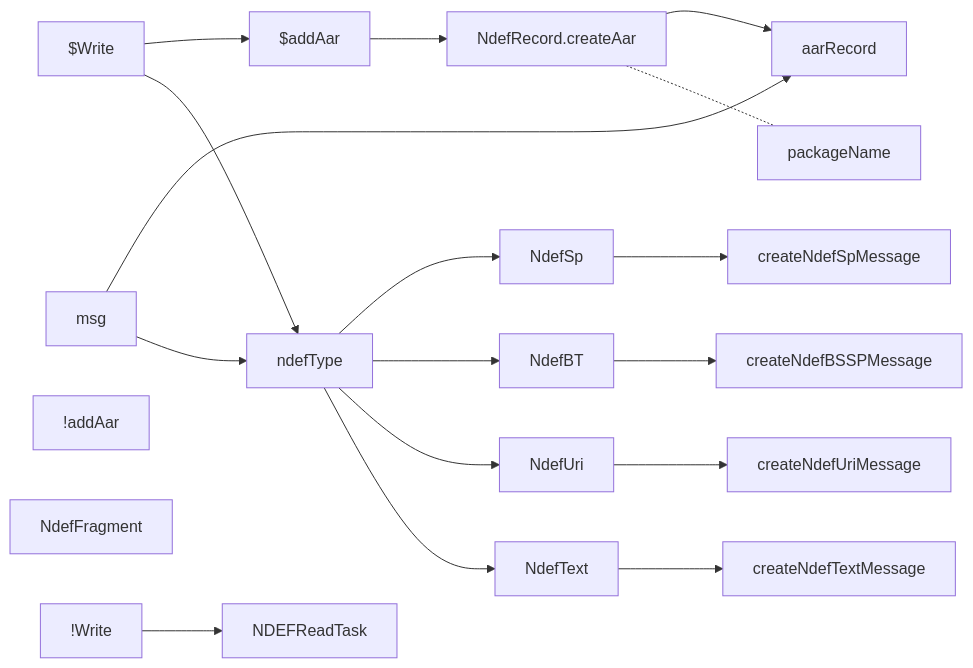
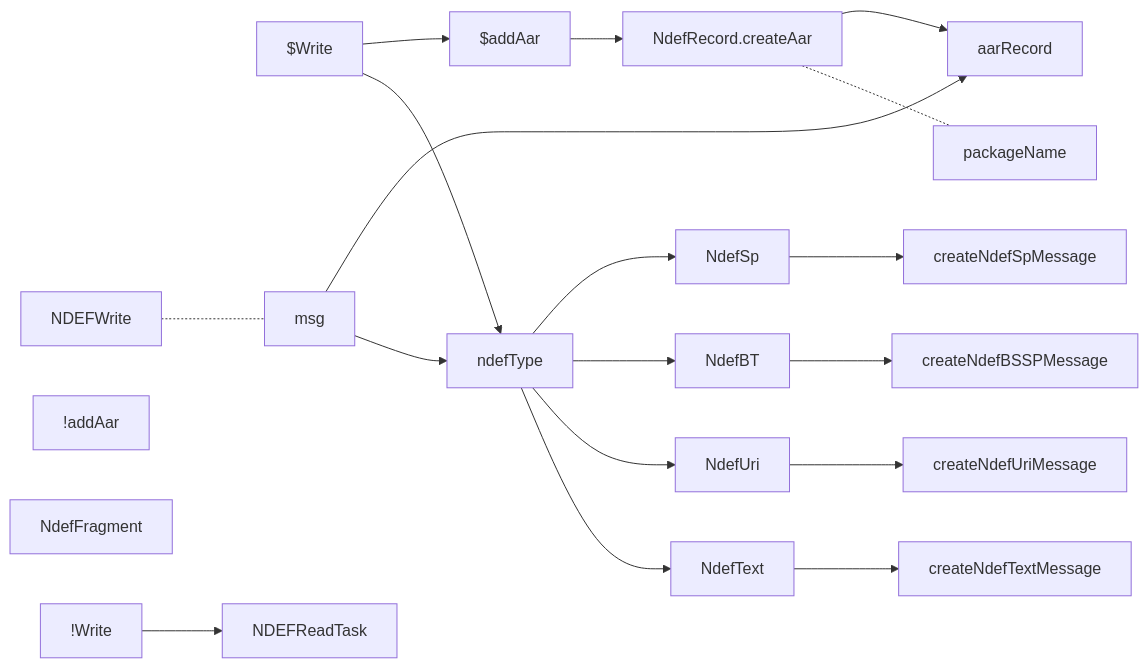
Before and after one commit to gordianknotC/nxp_note: the diagram in nxp/Demo.md, drawn with Mermaid. The commit also changed other lines of this file, not shown here.

````diff
--- a/nxp/Demo.md
+++ b/nxp/Demo.md
@@ -8,35 +7,36 @@
 ``` mermaid
 graph LR
 $Write
 !Write
 $addAar
 !addAar
 
 NdefFragment
 NdefText
 NdefUri
 NdefBT
 NdefSp
 ndefType
 msg --> ndefType
 
 $Write --> ndefType
 ndefType --> NdefText
 ndefType --> NdefUri
 ndefType --> NdefBT
 ndefType --> NdefSp
 NdefText --> createNdefTextMessage
 NdefUri --> createNdefUriMessage
 NdefBT --> createNdefBSSPMessage
 NdefSp --> createNdefSpMessage
 
 $Write --> $addAar
 $addAar --> NdefRecord.createAar
 NdefRecord.createAar -.- packageName
 NdefRecord.createAar --> aarRecord
 
 msg --> aarRecord
 !Write --> NDEFReadTask
 
+NDEFWrite -.- msg
 
 ```
````
